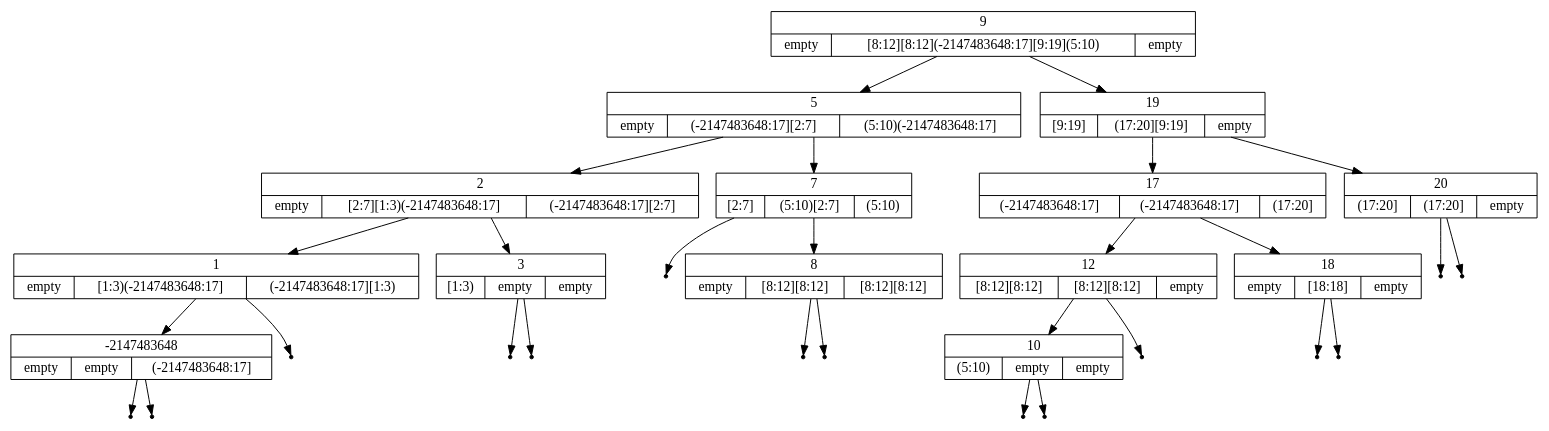
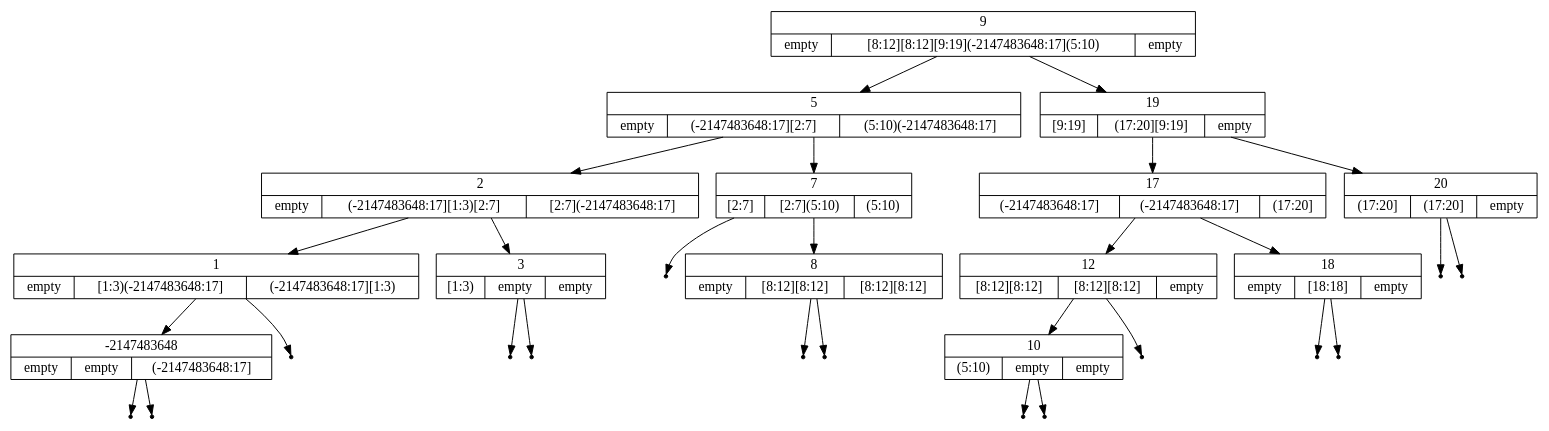
Before and after one commit to lundmikkel/C5: the diagram in C5.Tests/intervaled/data/IBSRemove4.gv, drawn with Graphviz. The commit also changed 4 other files, not shown here.

```diff
--- a/C5.Tests/intervaled/data/IBSRemove4.gv
+++ b/C5.Tests/intervaled/data/IBSRemove4.gv
@@ -1,77 +1,77 @@
 digraph IntervalBinarySearchTree {
 	node [shape=record];
 	struct0 [label="{<key> 9|{empty|[8:12]
 [8:12]
+[9:19]
 (-2147483648:17]
-[9:19]
 (5:10)|empty}}"];
 	struct1 [label="{<key> 5|{empty|(-2147483648:17]
 [2:7]|(5:10)
 (-2147483648:17]}}"];
 	struct0 -> struct1;
-	struct2 [label="{<key> 2|{empty|[2:7]
+	struct2 [label="{<key> 2|{empty|(-2147483648:17]
 [1:3)
-(-2147483648:17]|(-2147483648:17]
-[2:7]}}"];
+[2:7]|[2:7]
+(-2147483648:17]}}"];
 	struct1 -> struct2;
 	struct3 [label="{<key> 1|{empty|[1:3)
 (-2147483648:17]|(-2147483648:17]
 [1:3)}}"];
 	struct2 -> struct3;
 	struct4 [label="{<key> -2147483648|{empty|empty|(-2147483648:17]}}"];
 	struct3 -> struct4;
 	leaf0[shape=point];
 	struct4:left -> leaf0;
 	leaf1[shape=point];
 	struct4:right -> leaf1;
 	leaf2[shape=point];
 	struct3:right -> leaf2;
 	struct5 [label="{<key> 3|{[1:3)|empty|empty}}"];
 	struct2 -> struct5;
 	leaf3[shape=point];
 	struct5:left -> leaf3;
 	leaf4[shape=point];
 	struct5:right -> leaf4;
-	struct6 [label="{<key> 7|{[2:7]|(5:10)
-[2:7]|(5:10)}}"];
+	struct6 [label="{<key> 7|{[2:7]|[2:7]
+(5:10)|(5:10)}}"];
 	struct1 -> struct6;
 	leaf5[shape=point];
 	struct6:left -> leaf5;
 	struct7 [label="{<key> 8|{empty|[8:12]
 [8:12]|[8:12]
 [8:12]}}"];
 	struct6 -> struct7;
 	leaf6[shape=point];
 	struct7:left -> leaf6;
 	leaf7[shape=point];
 	struct7:right -> leaf7;
 	struct8 [label="{<key> 19|{[9:19]|(17:20]
 [9:19]|empty}}"];
 	struct0 -> struct8;
 	struct9 [label="{<key> 17|{(-2147483648:17]|(-2147483648:17]|(17:20]}}"];
 	struct8 -> struct9;
 	struct10 [label="{<key> 12|{[8:12]
 [8:12]|[8:12]
 [8:12]|empty}}"];
 	struct9 -> struct10;
 	struct11 [label="{<key> 10|{(5:10)|empty|empty}}"];
 	struct10 -> struct11;
 	leaf8[shape=point];
 	struct11:left -> leaf8;
 	leaf9[shape=point];
 	struct11:right -> leaf9;
 	leaf10[shape=point];
 	struct10:right -> leaf10;
 	struct12 [label="{<key> 18|{empty|[18:18]|empty}}"];
 	struct9 -> struct12;
 	leaf11[shape=point];
 	struct12:left -> leaf11;
 	leaf12[shape=point];
 	struct12:right -> leaf12;
 	struct13 [label="{<key> 20|{(17:20]|(17:20]|empty}}"];
 	struct8 -> struct13;
 	leaf13[shape=point];
 	struct13:left -> leaf13;
 	leaf14[shape=point];
 	struct13:right -> leaf14;
 }
```
